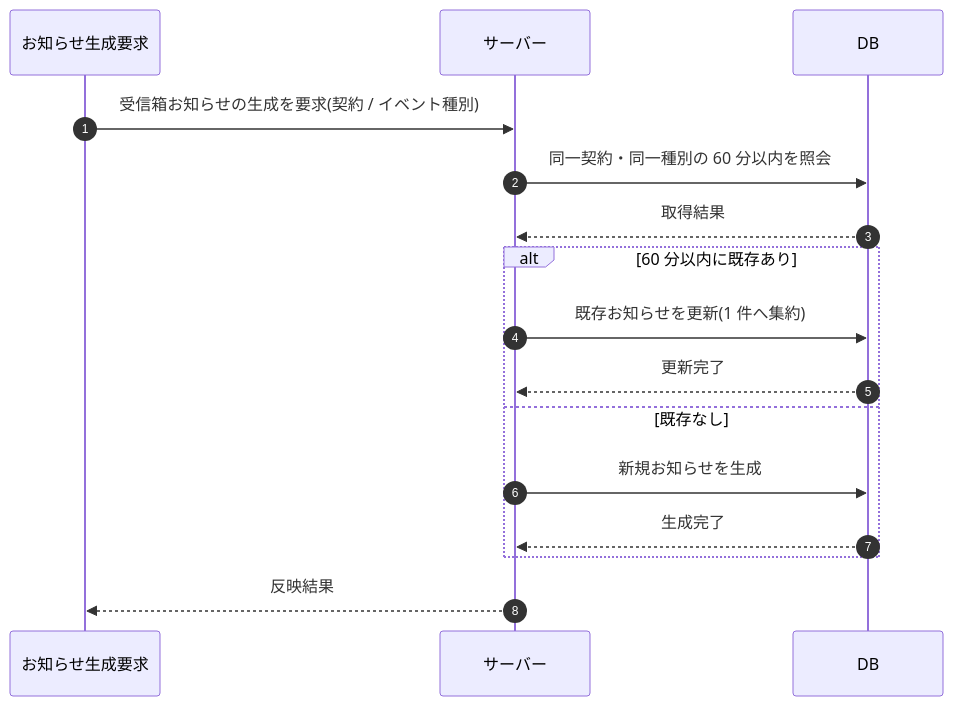
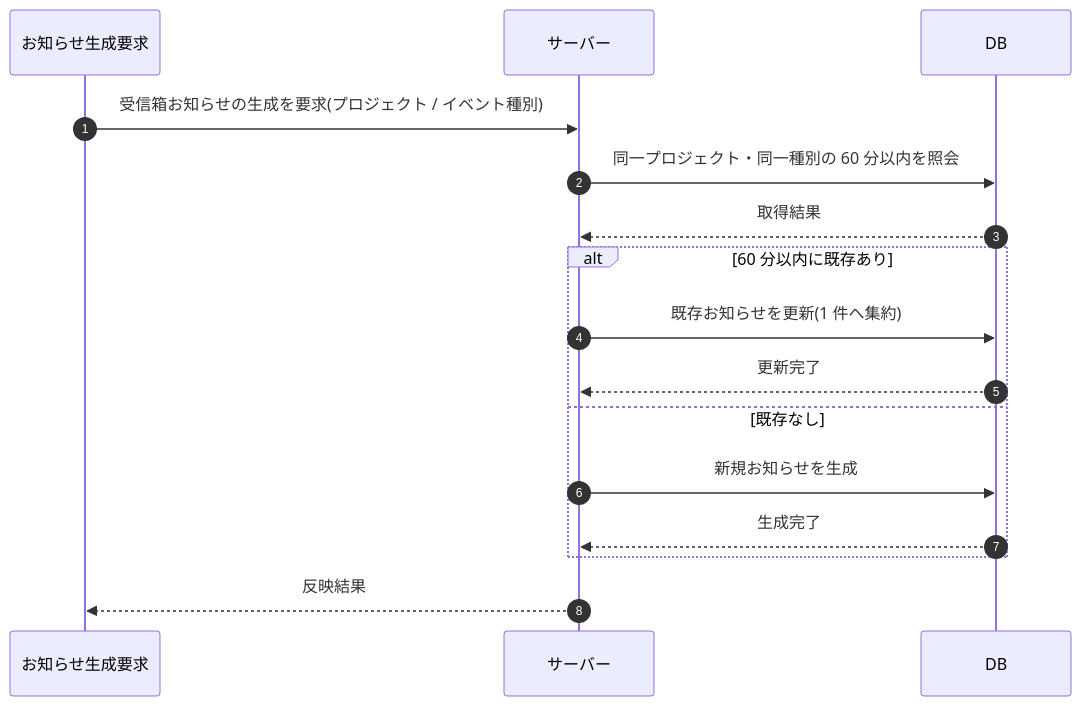
One commit to sikakou54/open-faq changed the diagram in 02_basic_design/03_sequences/SEQ-106.md. Above: the diagram before and after it, drawn with Mermaid. The commit also changed other lines of this file and 294 other files, not shown here.

````diff
--- a/02_basic_design/03_sequences/SEQ-106.md
+++ b/02_basic_design/03_sequences/SEQ-106.md
@@ -24,18 +24,18 @@
 ```mermaid
 sequenceDiagram
   autonumber
   participant G as お知らせ生成要求
   participant Server as サーバー
   participant DB as DB
-  G->>Server: 受信箱お知らせの生成を要求(契約 / イベント種別)
-  Server->>DB: 同一契約・同一種別の 60 分以内を照会
+  G->>Server: 受信箱お知らせの生成を要求(プロジェクト / イベント種別)
+  Server->>DB: 同一プロジェクト・同一種別の 60 分以内を照会
   DB-->>Server: 取得結果
   alt 60 分以内に既存あり
     Server->>DB: 既存お知らせを更新(1 件へ集約)
     DB-->>Server: 更新完了
   else 既存なし
     Server->>DB: 新規お知らせを生成
     DB-->>Server: 生成完了
   end
   Server-->>G: 反映結果
 ```
````
